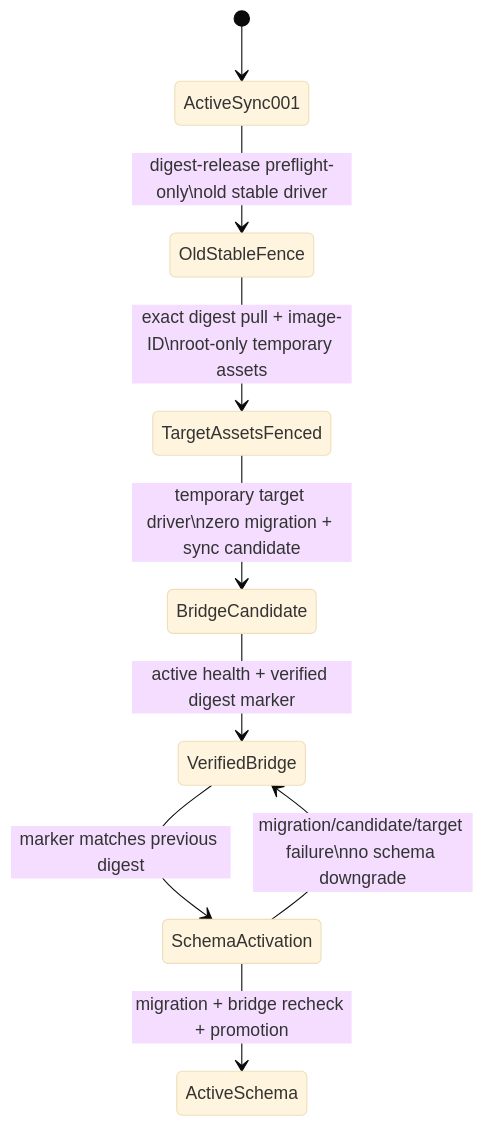
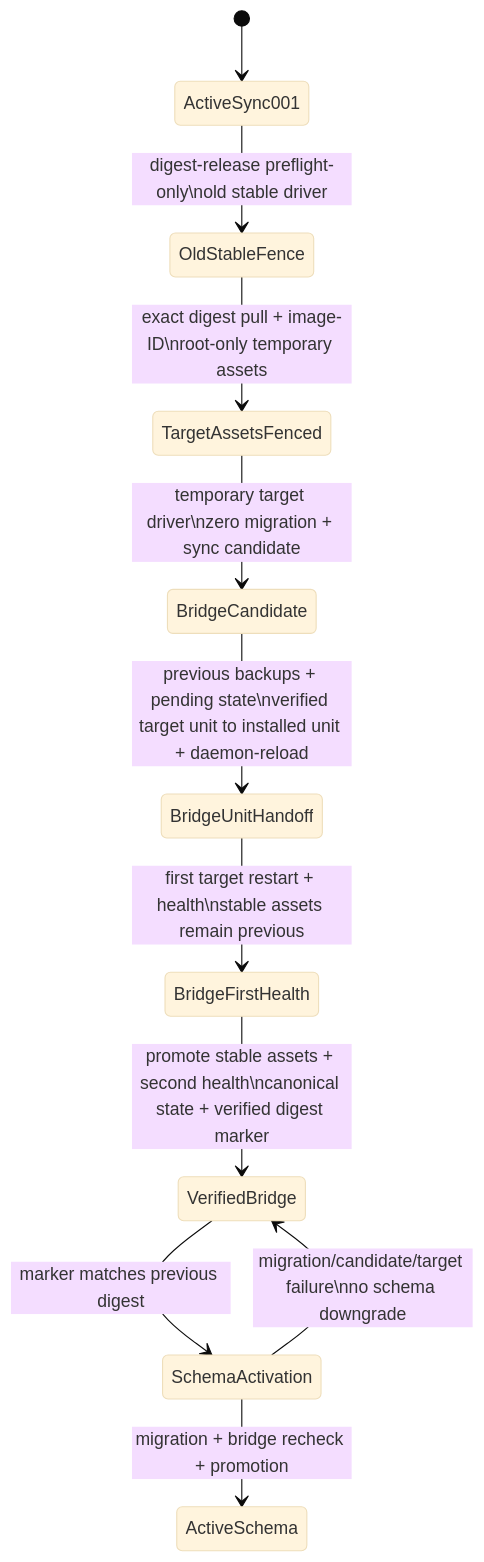
Before and after one commit to ChaoMing0815/AWS-cloud-lab: the second of 2 diagrams in docs/architecture/tier3-delivery-foundation.md, drawn with Mermaid (base theme). The commit also changed other lines of this file and 2 other files, not shown here.

Commit message:
docs(evidence): record bridge first-activation validation

````diff
--- a/docs/architecture/tier3-delivery-foundation.md
+++ b/docs/architecture/tier3-delivery-foundation.md
@@ -46,11 +46,13 @@
 ```mermaid
 stateDiagram-v2
     [*] --> ActiveSync001
     ActiveSync001 --> OldStableFence: digest-release preflight-only\nold stable driver
     OldStableFence --> TargetAssetsFenced: exact digest pull + image-ID\nroot-only temporary assets
     TargetAssetsFenced --> BridgeCandidate: temporary target driver\nzero migration + sync candidate
-    BridgeCandidate --> VerifiedBridge: active health + verified digest marker
+    BridgeCandidate --> BridgeUnitHandoff: previous backups + pending state\nverified target unit to installed unit + daemon-reload
+    BridgeUnitHandoff --> BridgeFirstHealth: first target restart + health\nstable assets remain previous
+    BridgeFirstHealth --> VerifiedBridge: promote stable assets + second health\ncanonical state + verified digest marker
     VerifiedBridge --> SchemaActivation: marker matches previous digest
     SchemaActivation --> VerifiedBridge: migration/candidate/target failure\nno schema downgrade
     SchemaActivation --> ActiveSchema: migration + bridge recheck + promotion
 ```
````
